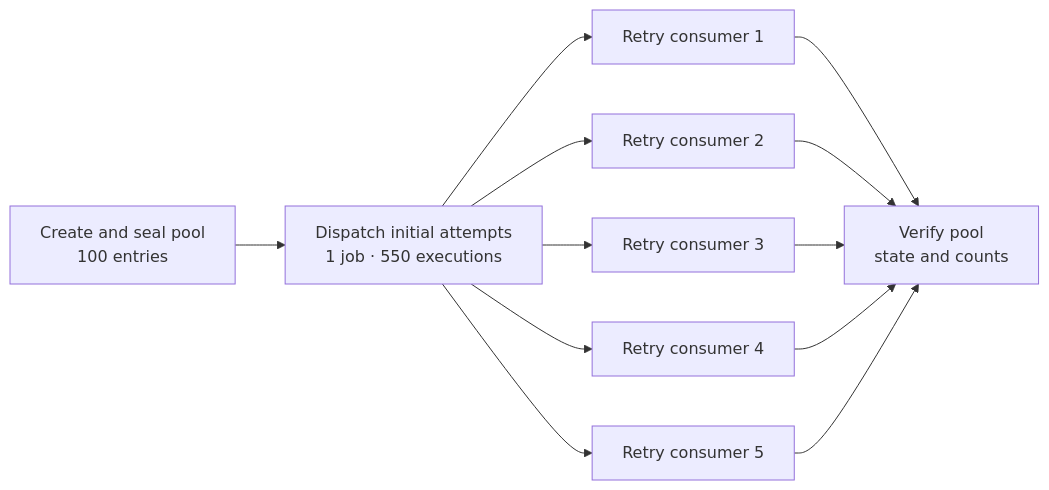
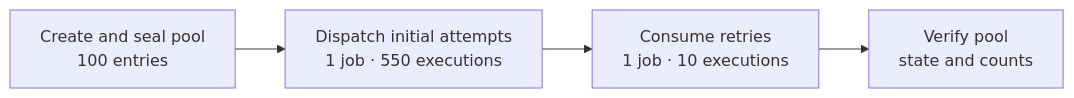
One commit to catkins/test-scheduler-bazel-demo changed the first of 2 diagrams in README.md. Above: the diagram before and after it, drawn with Mermaid. The commit also changed other lines of this file and 2 other files, not shown here.

First line of the commit message:
Use one durable retry consumer

````diff
--- a/README.md
+++ b/README.md
@@ -127,23 +128,11 @@
 ```mermaid
 flowchart LR
     setup["Create and seal pool<br/>100 entries"]
     initial["Dispatch initial attempts<br/>1 job · 550 executions"]
-    retry1["Retry consumer 1"]
-    retry2["Retry consumer 2"]
-    retry3["Retry consumer 3"]
-    retry4["Retry consumer 4"]
-    retry5["Retry consumer 5"]
+    retry["Consume retries<br/>1 job · 10 executions"]
     verify["Verify pool<br/>state and counts"]
 
     setup --> initial
-    initial --> retry1
-    initial --> retry2
-    initial --> retry3
-    initial --> retry4
-    initial --> retry5
-    retry1 --> verify
-    retry2 --> verify
-    retry3 --> verify
-    retry4 --> verify
-    retry5 --> verify
+    initial --> retry
+    retry --> verify
 ```
````
